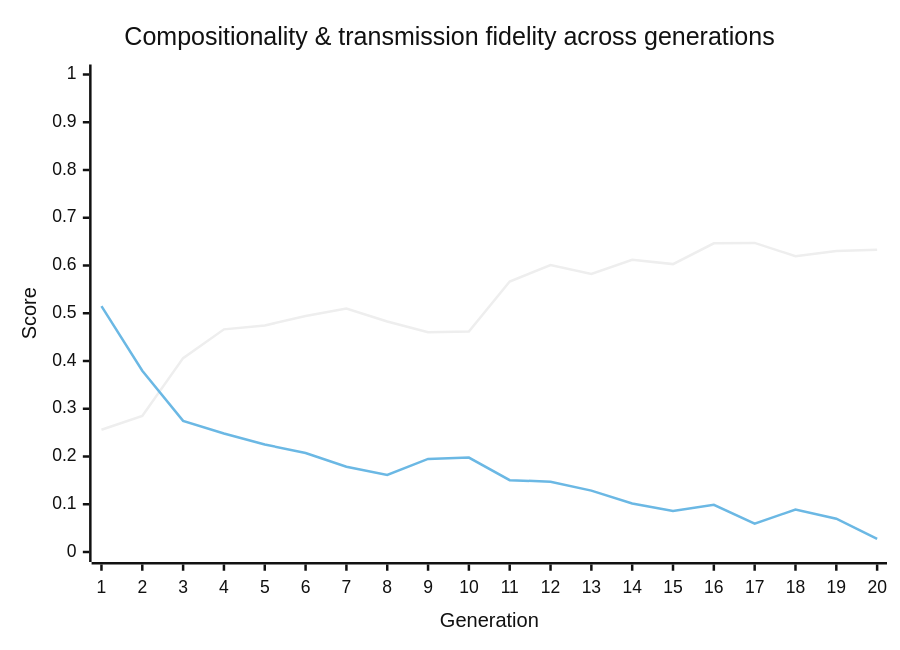
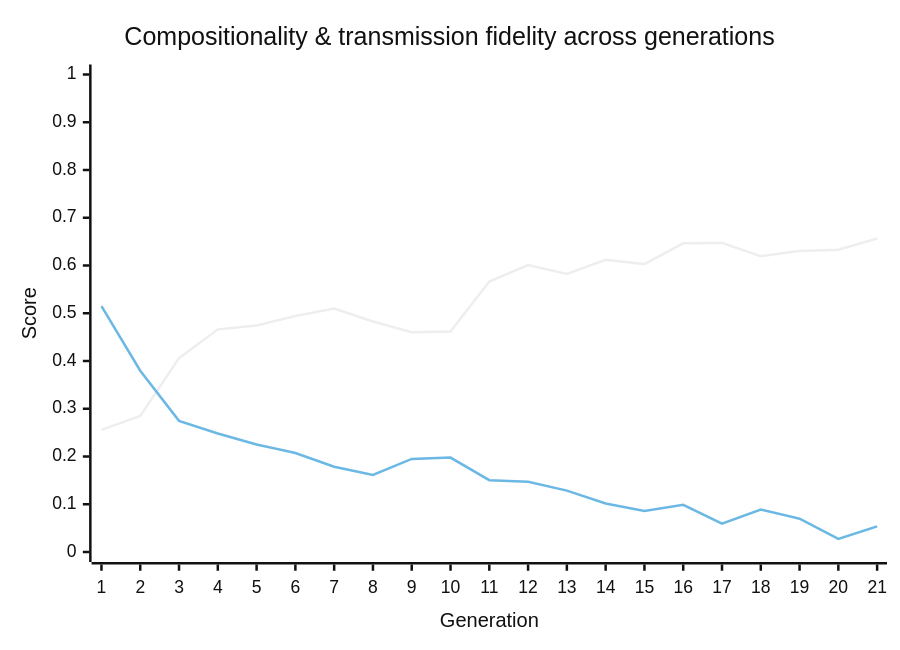
The diagram in metrics/latest-report.md (nichobbs/traditio), drawn with Mermaid (neutral theme) before and after one commit. The commit also changed other lines of this file and 1 other file, not shown here.

````diff
--- a/metrics/latest-report.md
+++ b/metrics/latest-report.md
@@ -40,8 +40,8 @@
 ```mermaid
 xychart-beta
     title "Compositionality & transmission fidelity across generations"
-    x-axis "Generation" [1, 2, 3, 4, 5, 6, 7, 8, 9, 10, 11, 12, 13, 14, 15, 16, 17, 18, 19, 20]
+    x-axis "Generation" [1, 2, 3, 4, 5, 6, 7, 8, 9, 10, 11, 12, 13, 14, 15, 16, 17, 18, 19, 20, 21]
     y-axis "Score" 0 --> 1
-    line "Compositionality" [0.2559, 0.2849, 0.4060, 0.4663, 0.4745, 0.4941, 0.5099, 0.4826, 0.4603, 0.4619, 0.5665, 0.6011, 0.5822, 0.6121, 0.6029, 0.6464, 0.6473, 0.6195, 0.6304, 0.6332]
-    line "Transmission Fidelity" [0.5148, 0.3796, 0.2746, 0.2481, 0.2251, 0.2074, 0.1785, 0.1615, 0.1949, 0.1977, 0.1504, 0.1472, 0.1286, 0.1016, 0.0861, 0.0987, 0.0594, 0.0888, 0.0697, 0.0276]
+    line "Compositionality" [0.2559, 0.2849, 0.4060, 0.4663, 0.4745, 0.4941, 0.5099, 0.4826, 0.4603, 0.4619, 0.5665, 0.6011, 0.5822, 0.6121, 0.6029, 0.6464, 0.6473, 0.6195, 0.6304, 0.6332, 0.6566]
+    line "Transmission Fidelity" [0.5148, 0.3796, 0.2746, 0.2481, 0.2251, 0.2074, 0.1785, 0.1615, 0.1949, 0.1977, 0.1504, 0.1472, 0.1286, 0.1016, 0.0861, 0.0987, 0.0594, 0.0888, 0.0697, 0.0276, 0.0536]
 ```
````
